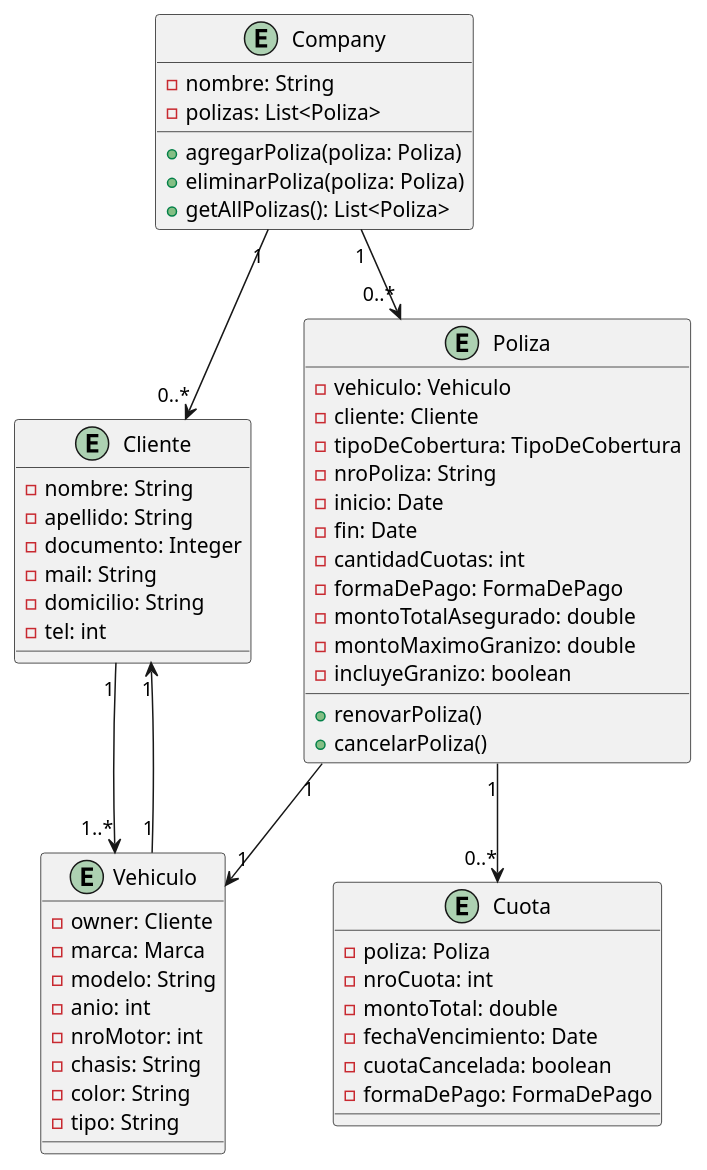
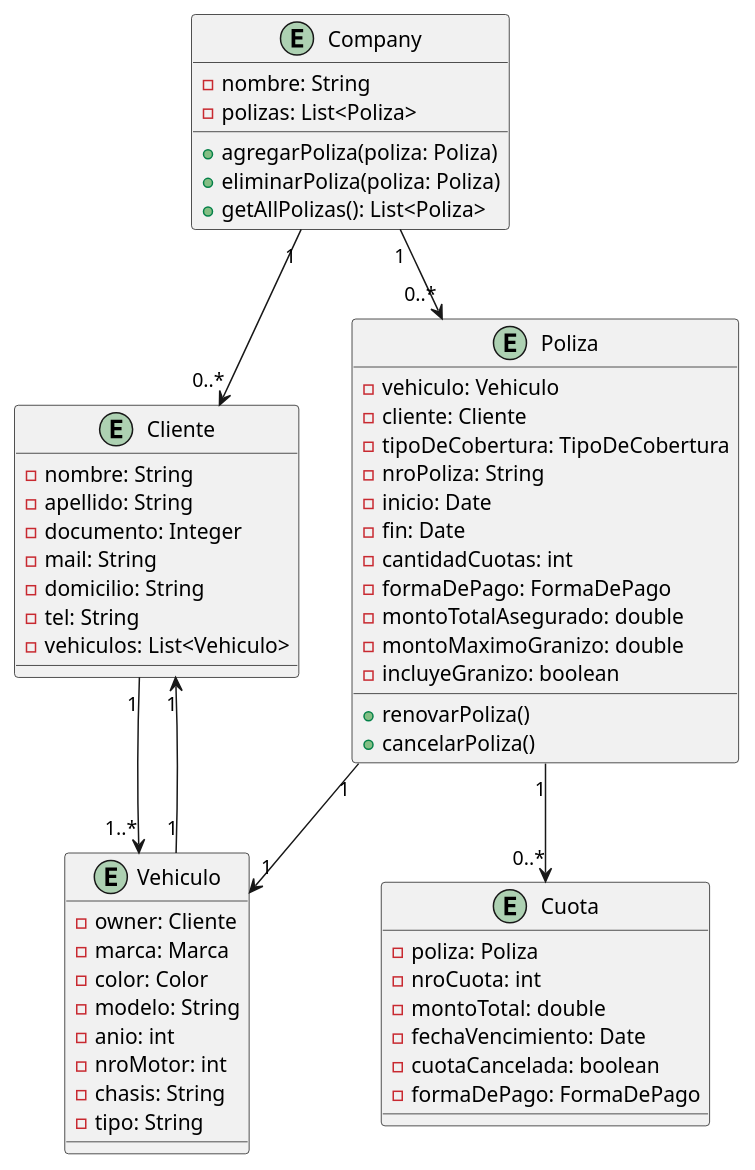
One commit to r0minaflorencia/Egg-Argentina-Programa-4.0 changed the diagram in BackEnd_2/10- Relaciones entre clases/Extra_Seguros/app/src/main/java/com/seguros/uml/diagram.puml. Above: the diagram before and after it, drawn with PlantUML. The commit also changed 5 other files, not shown here.

```diff
--- a/BackEnd_2/10- Relaciones entre clases/Extra_Seguros/app/src/main/java/com/seguros/uml/diagram.puml
+++ b/BackEnd_2/10- Relaciones entre clases/Extra_Seguros/app/src/main/java/com/seguros/uml/diagram.puml
@@ -1,63 +1,64 @@
 @startuml La tercera seguros
 
 entity Company {
     - nombre: String
     - polizas: List<Poliza>
     + agregarPoliza(poliza: Poliza)
     + eliminarPoliza(poliza: Poliza)
     + getAllPolizas(): List<Poliza>
 }
 
 entity Cliente {
     - nombre: String
     - apellido: String
     - documento: Integer
     - mail: String
     - domicilio: String
-    - tel: int
+    - tel: String
+    - vehiculos: List<Vehiculo>
 }
 
 entity Vehiculo {
     - owner: Cliente
     - marca: Marca
+    - color: Color
     - modelo: String
     - anio: int
     - nroMotor: int
     - chasis: String
-    - color: String
     - tipo: String
 }
 
 entity Poliza {
     - vehiculo: Vehiculo
     - cliente: Cliente
     - tipoDeCobertura: TipoDeCobertura
     - nroPoliza: String
     - inicio: Date
     - fin: Date
     - cantidadCuotas: int
     - formaDePago: FormaDePago
     - montoTotalAsegurado: double
     - montoMaximoGranizo: double
     - incluyeGranizo: boolean
     + renovarPoliza()
     + cancelarPoliza()
 }
 
 entity Cuota {
     - poliza: Poliza
     - nroCuota: int
     - montoTotal: double
     - fechaVencimiento: Date
     - cuotaCancelada: boolean
     - formaDePago: FormaDePago
 }
 
 Company "1" --> "0..*" Cliente
 Company "1" --> "0..*" Poliza
 Vehiculo "1" --> "1" Cliente
 Poliza "1" --> "1" Vehiculo
 Cliente "1" --> "1..*" Vehiculo
 Poliza "1" --> "0..*" Cuota
 
 @enduml
```
